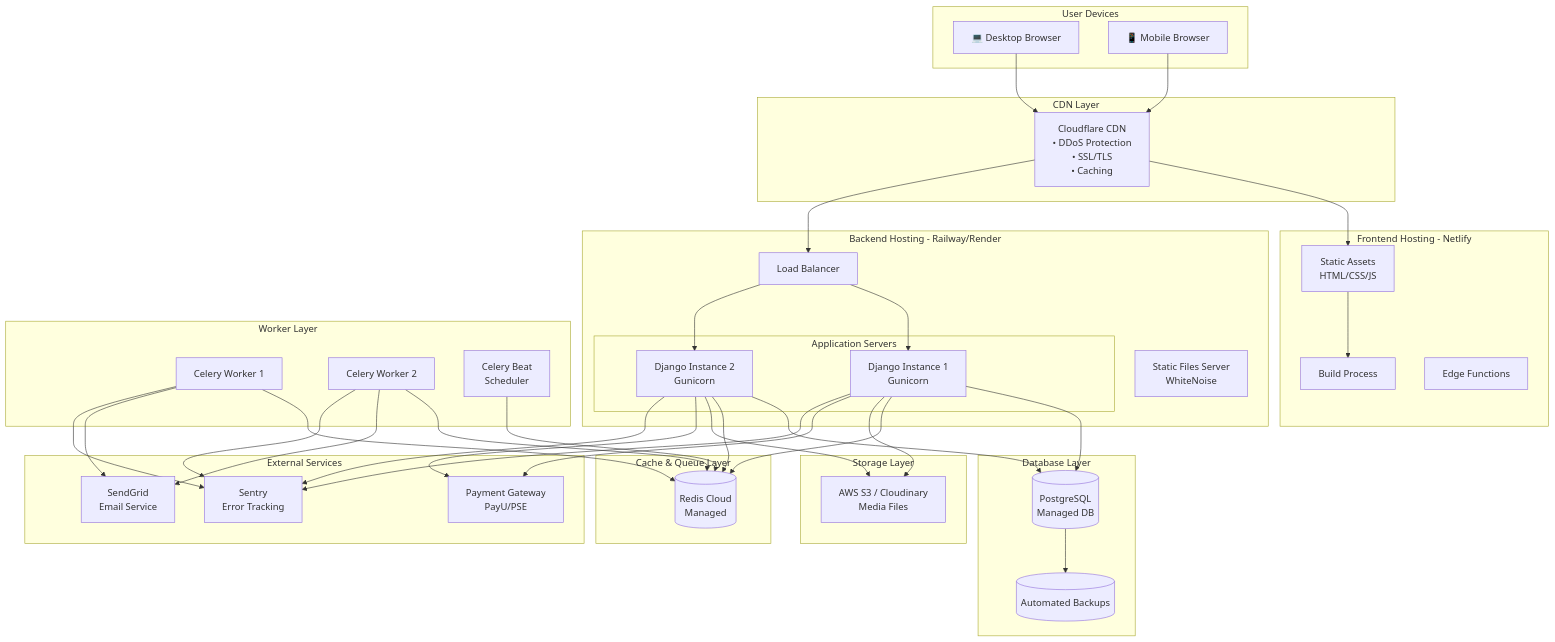
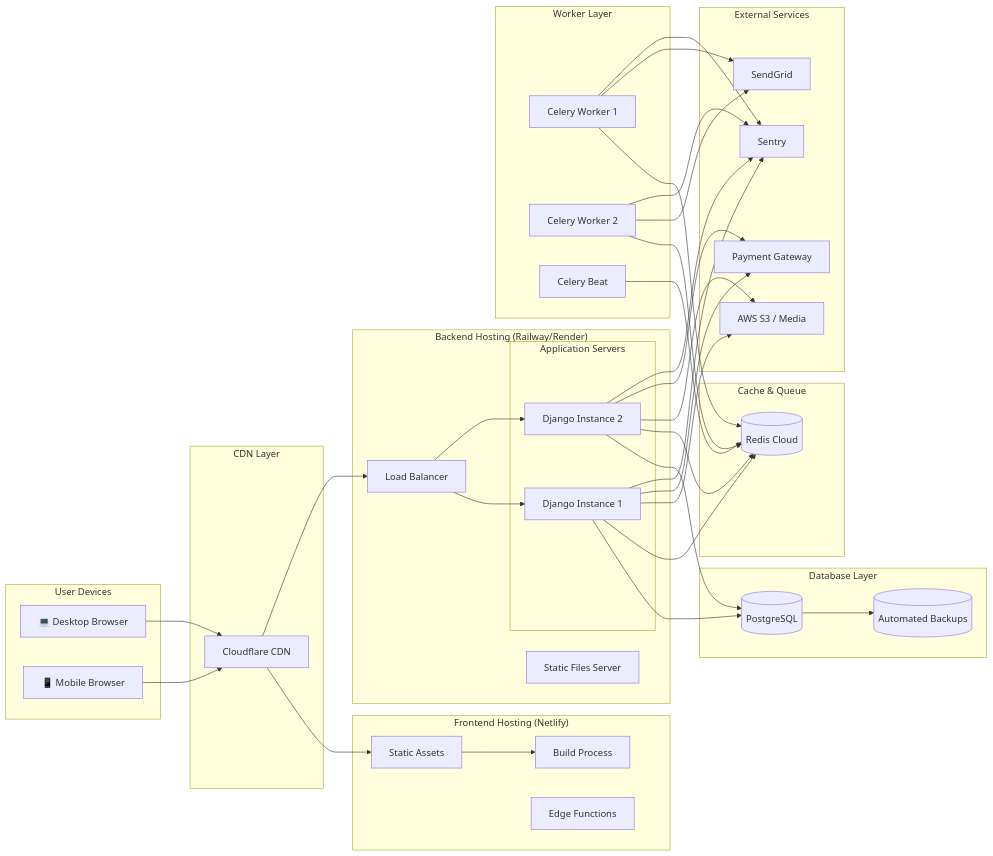
The second of 3 diagrams in docs/diagramas/DIAGRAMA_DESPLIEGUE.md (santi18melo/experticie), drawn with Mermaid before and after one commit. The commit also changed 2 other files, not shown here.

Commit message:
docs: optimize diagrams to reduce crossing lines significantly and restore prod deps

````diff
--- a/docs/diagramas/DIAGRAMA_DESPLIEGUE.md
+++ b/docs/diagramas/DIAGRAMA_DESPLIEGUE.md
@@ -139,85 +139,89 @@
 ```mermaid
-graph TB
-    subgraph "User Devices"
+graph LR
+    subgraph Users["User Devices"]
         Desktop[💻 Desktop Browser]
         Mobile[📱 Mobile Browser]
     end
 
-    subgraph "CDN Layer"
-        CF[Cloudflare CDN<br/>• DDoS Protection<br/>• SSL/TLS<br/>• Caching]
+    subgraph CDN["CDN Layer"]
+        CF[Cloudflare CDN]
     end
 
-    subgraph "Frontend Hosting - Netlify"
+    subgraph Frontend["Frontend Hosting (Netlify)"]
         Build[Build Process]
-        Static[Static Assets<br/>HTML/CSS/JS]
+        Static[Static Assets]
         Edge[Edge Functions]
     end
 
-    subgraph "Backend Hosting - Railway/Render"
+    subgraph Backend["Backend Hosting (Railway/Render)"]
         LB[Load Balancer]
         
-        subgraph "Application Servers"
-            App1[Django Instance 1<br/>Gunicorn]
-            App2[Django Instance 2<br/>Gunicorn]
+        subgraph Apps["Application Servers"]
+            App1[Django Instance 1]
+            App2[Django Instance 2]
         end
 
-        Static_Backend[Static Files Server<br/>WhiteNoise]
+        Static_Backend[Static Files Server]
     end
 
-    subgraph "Database Layer"
-        PG[(PostgreSQL<br/>Managed DB)]
+    subgraph Data["Database Layer"]
+        PG[(PostgreSQL)]
         PG_Backup[(Automated Backups)]
     end
 
-    subgraph "Cache & Queue Layer"
-        Redis_Prod[(Redis Cloud<br/>Managed)]
+    subgraph Cache["Cache & Queue"]
+        Redis_Prod[(Redis Cloud)]
     end
 
-    subgraph "Worker Layer"
+    subgraph Workers["Worker Layer"]
         Worker1[Celery Worker 1]
         Worker2[Celery Worker 2]
-        Beat[Celery Beat<br/>Scheduler]
+        Beat[Celery Beat]
     end
 
-    subgraph "Storage Layer"
-        S3[AWS S3 / Cloudinary<br/>Media Files]
+    subgraph Services["External Services"]
+        SMTP[SendGrid]
+        Gateway[Payment Gateway]
+        Monitoring[Sentry]
+        S3[AWS S3 / Media]
     end
 
-    subgraph "External Services"
-        SMTP[SendGrid<br/>Email Service]
-        Gateway[Payment Gateway<br/>PayU/PSE]
-        Monitoring[Sentry<br/>Error Tracking]
-    end
-
+    %% Connections
     Desktop --> CF
     Mobile --> CF
+    
     CF --> Static
     CF --> LB
     
     Static --> Build
+    
     LB --> App1
     LB --> App2
     
+    %% App Connections
     App1 --> PG
     App2 --> PG
     App1 --> Redis_Prod
     App2 --> Redis_Prod
+    
     App1 --> S3
     App2 --> S3
     
+    App1 --> Gateway
+    App2 --> Gateway
+    App1 --> Monitoring
+    App2 --> Monitoring
+
+    %% Database
     PG --> PG_Backup
     
+    %% Workers
+    Beat --> Redis_Prod
     Worker1 --> Redis_Prod
     Worker2 --> Redis_Prod
-    Beat --> Redis_Prod
     
     Worker1 --> SMTP
     Worker2 --> SMTP
-    App1 --> Gateway
-    App2 --> Gateway
-    
-    App1 --> Monitoring
-    App2 --> Monitoring
     Worker1 --> Monitoring
     Worker2 --> Monitoring
 ```
````
